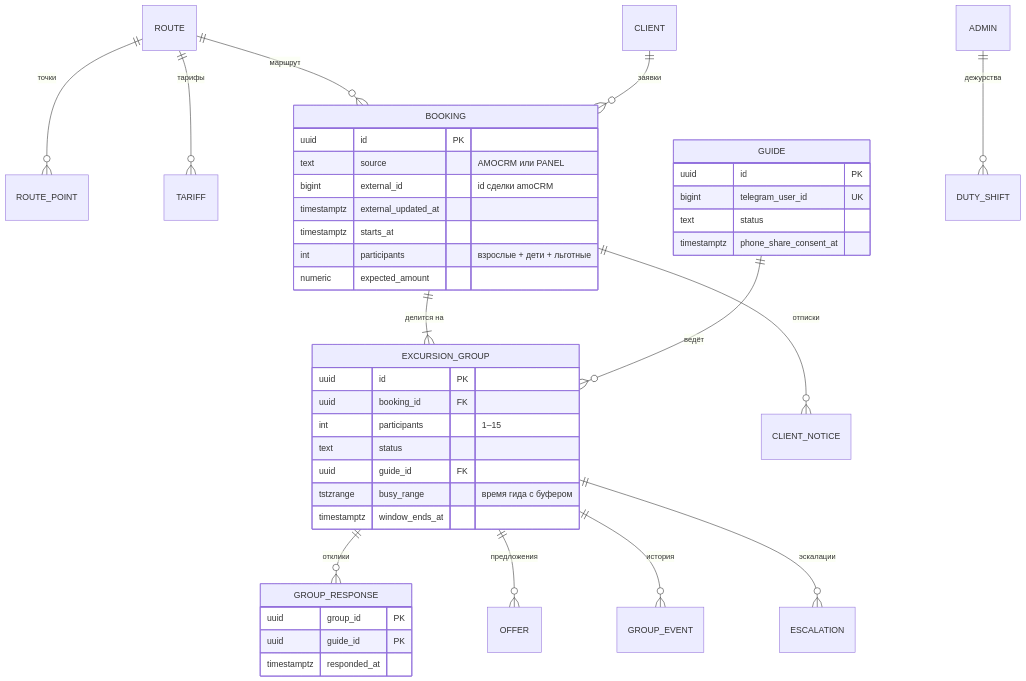
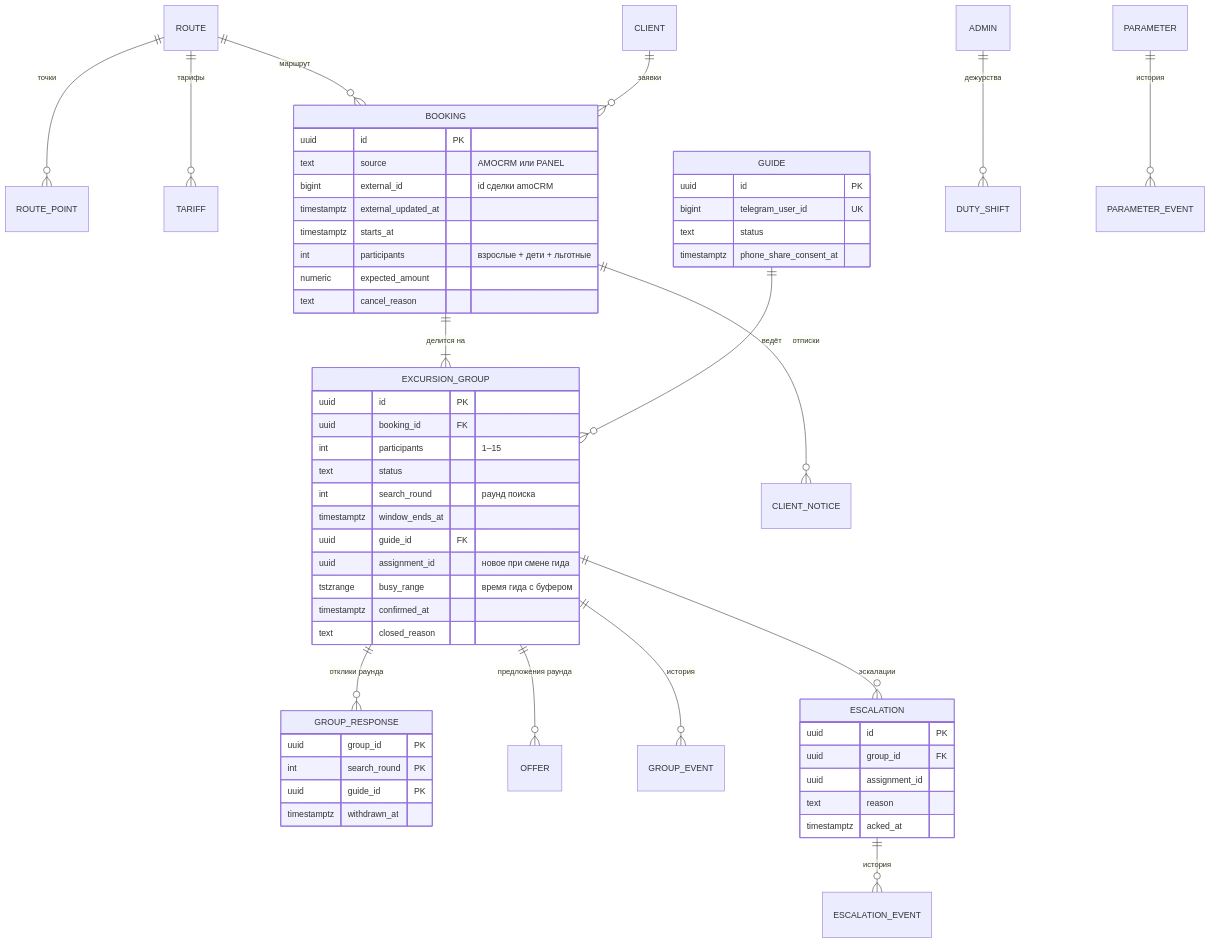
Before and after one commit to KORTEZZ12/excursion-dispatch: the diagram in docs/design/data-model.md, drawn with Mermaid. The commit also changed other lines of this file and 3 other files, not shown here.

````diff
--- a/docs/design/data-model.md
+++ b/docs/design/data-model.md
@@ -14,44 +14,59 @@
 ```mermaid
 erDiagram
   ROUTE ||--o{ ROUTE_POINT : "точки"
   ROUTE ||--o{ TARIFF : "тарифы"
   ROUTE ||--o{ BOOKING : "маршрут"
   CLIENT ||--o{ BOOKING : "заявки"
   BOOKING ||--|{ EXCURSION_GROUP : "делится на"
   GUIDE ||--o{ EXCURSION_GROUP : "ведёт"
-  EXCURSION_GROUP ||--o{ GROUP_RESPONSE : "отклики"
-  EXCURSION_GROUP ||--o{ OFFER : "предложения"
+  EXCURSION_GROUP ||--o{ GROUP_RESPONSE : "отклики раунда"
+  EXCURSION_GROUP ||--o{ OFFER : "предложения раунда"
   EXCURSION_GROUP ||--o{ GROUP_EVENT : "история"
   EXCURSION_GROUP ||--o{ ESCALATION : "эскалации"
+  ESCALATION ||--o{ ESCALATION_EVENT : "история"
   BOOKING ||--o{ CLIENT_NOTICE : "отписки"
   ADMIN ||--o{ DUTY_SHIFT : "дежурства"
+  PARAMETER ||--o{ PARAMETER_EVENT : "история"
   BOOKING {
     uuid id PK
     text source "AMOCRM или PANEL"
     bigint external_id "id сделки amoCRM"
     timestamptz external_updated_at
     timestamptz starts_at
     int participants "взрослые + дети + льготные"
     numeric expected_amount
+    text cancel_reason
   }
   EXCURSION_GROUP {
     uuid id PK
     uuid booking_id FK
     int participants "1–15"
     text status
+    int search_round "раунд поиска"
+    timestamptz window_ends_at
     uuid guide_id FK
+    uuid assignment_id "новое при смене гида"
     tstzrange busy_range "время гида с буфером"
-    timestamptz window_ends_at
+    timestamptz confirmed_at
+    text closed_reason
   }
   GROUP_RESPONSE {
     uuid group_id PK
+    int search_round PK
     uuid guide_id PK
-    timestamptz responded_at
+    timestamptz withdrawn_at
+  }
+  ESCALATION {
+    uuid id PK
+    uuid group_id FK
+    uuid assignment_id
+    text reason
+    timestamptz acked_at
   }
   GUIDE {
     uuid id PK
     bigint telegram_user_id UK
     text status
     timestamptz phone_share_consent_at
   }
 ```
````
